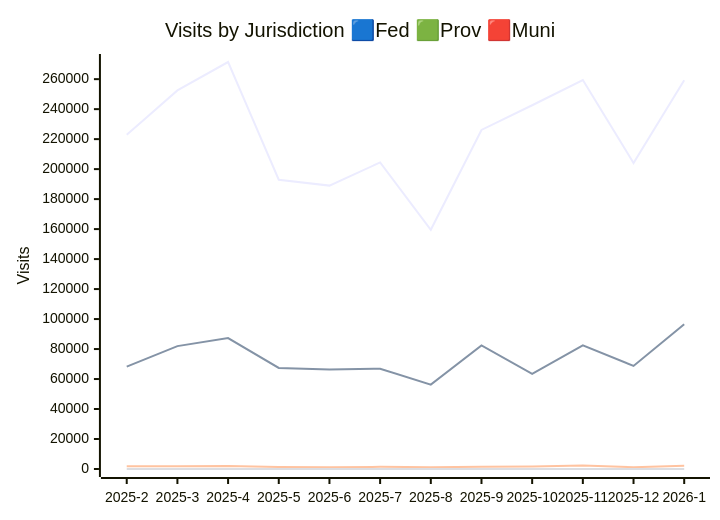
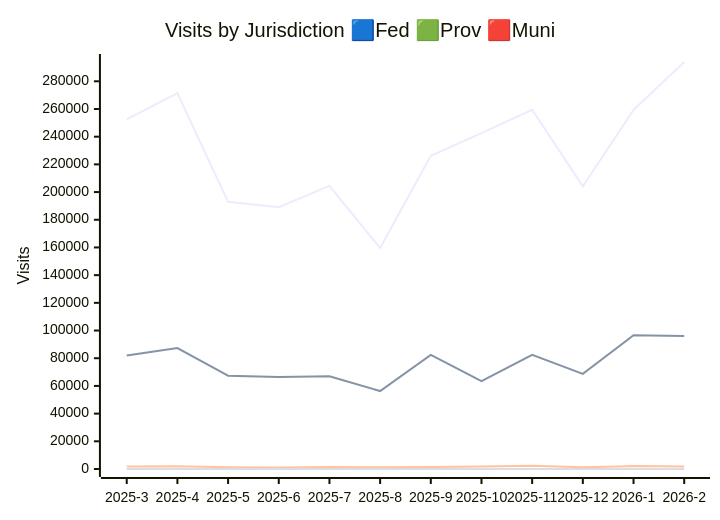
Before and after one commit to open-data/analytics-corporate-reporting: the second of 3 diagrams in JURISDICTION_ANALYTICS_REPORT/readme.md, drawn with Mermaid. The commit also changed other lines of this file and 3 other files, not shown here.

````diff
--- a/JURISDICTION_ANALYTICS_REPORT/readme.md
+++ b/JURISDICTION_ANALYTICS_REPORT/readme.md
@@ -27,11 +27,11 @@
 ```mermaid
 
 xychart-beta
     title "Visits by Jurisdiction 🟦Fed 🟩Prov 🟥Muni"
-    x-axis [2025-2, 2025-3, 2025-4, 2025-5, 2025-6, 2025-7, 2025-8, 2025-9, 2025-10, 2025-11, 2025-12, 2026-1]
-    y-axis "Visits" 0 --> 271443
-    line [222843, 252511, 271433, 192925, 189005, 204457, 159556, 226136, 242587, 259447, 204083, 259302]
-    line [68261, 81956, 87351, 67387, 66402, 66895, 56272, 82445, 63470, 82423, 68742, 96554]
-    line [1829, 1796, 1939, 1268, 1160, 1451, 1187, 1472, 1717, 2282, 1200, 2113]
-    line [0, 0, 0, 0, 0, 0, 0, 0, 13, 7, 27, 17]
+    x-axis [2025-3, 2025-4, 2025-5, 2025-6, 2025-7, 2025-8, 2025-9, 2025-10, 2025-11, 2025-12, 2026-1, 2026-2]
+    y-axis "Visits" 0 --> 293933
+    line [252511, 271433, 192925, 189005, 204457, 159556, 226136, 242587, 259447, 204083, 259302, 293923]
+    line [81956, 87351, 67387, 66402, 66895, 56272, 82445, 63470, 82423, 68742, 96554, 96002]
+    line [1796, 1939, 1268, 1160, 1451, 1187, 1472, 1717, 2282, 1200, 2113, 1718]
+    line [0, 0, 0, 0, 0, 0, 0, 13, 7, 27, 17, 19]
 ```
````
